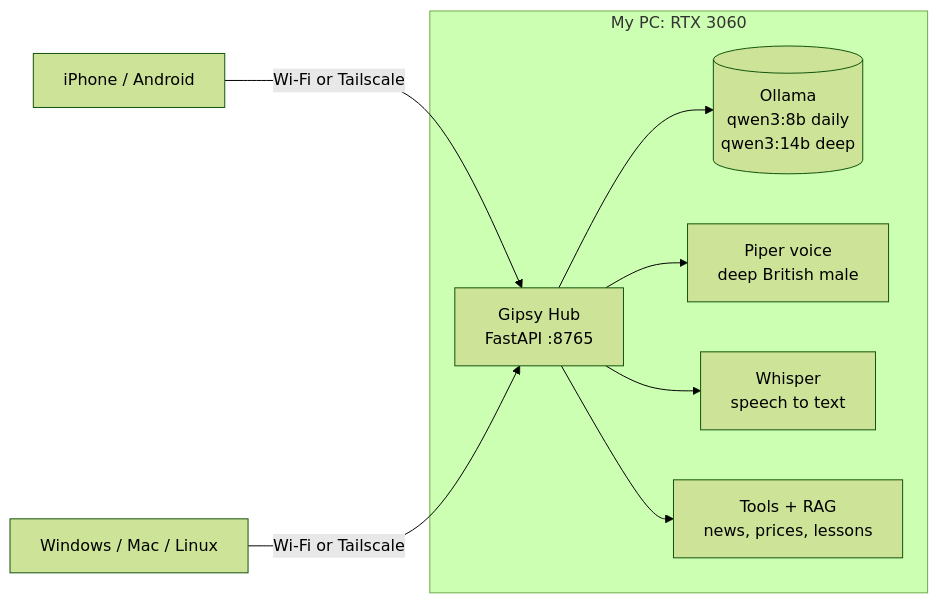
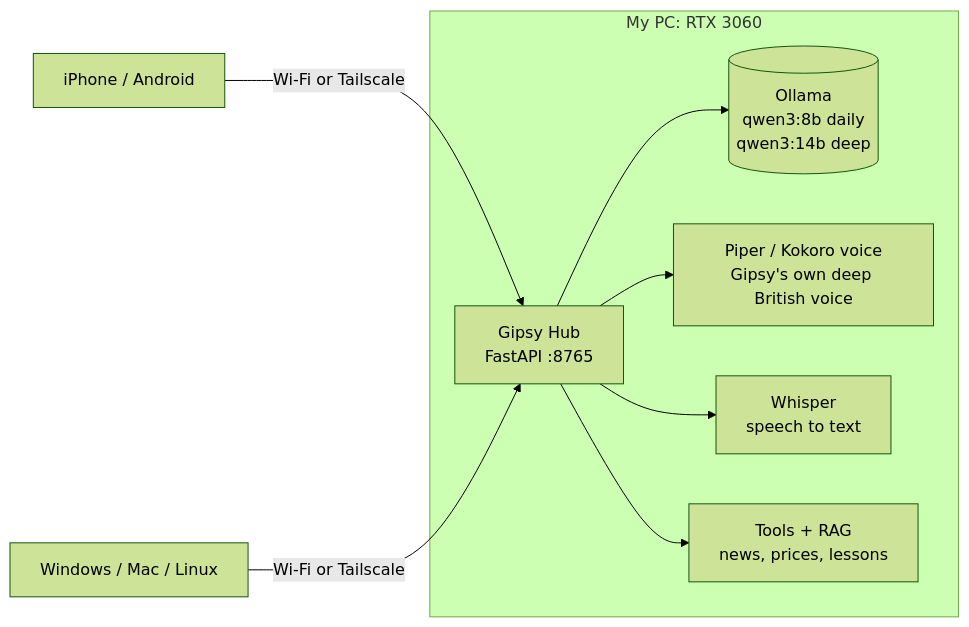
Before and after one commit to jnguyen-tech/gipsy: the diagram in README.md, drawn with Mermaid (forest theme). The commit also changed other lines of this file and 14 other files, not shown here.

````diff
--- a/README.md
+++ b/README.md
@@ -30,11 +30,11 @@
 ```mermaid
 flowchart LR
     A[iPhone / Android] -- Wi-Fi or Tailscale --> H
     B[Windows / Mac / Linux] -- Wi-Fi or Tailscale --> H
     subgraph PC[My PC: RTX 3060]
         H[Gipsy Hub<br/>FastAPI :8765] --> O[(Ollama<br/>qwen3:8b daily<br/>qwen3:14b deep)]
-        H --> P[Piper voice<br/>deep British male]
+        H --> P[Piper / Kokoro voice<br/>Gipsy's own deep British voice]
         H --> W[Whisper<br/>speech to text]
         H --> T[Tools + RAG<br/>news, prices, lessons]
     end
 ```
````
